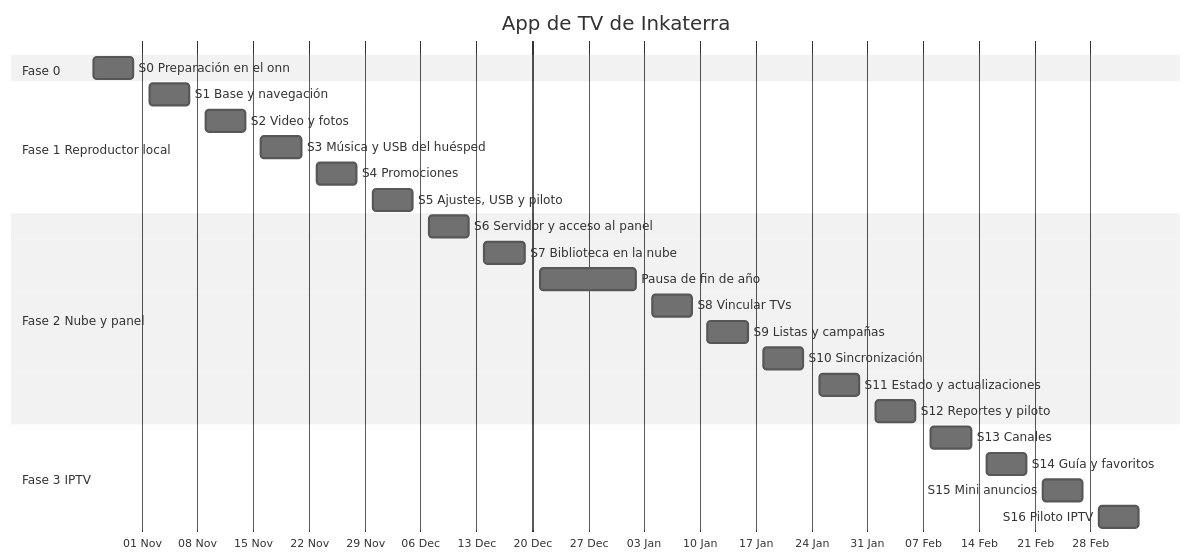
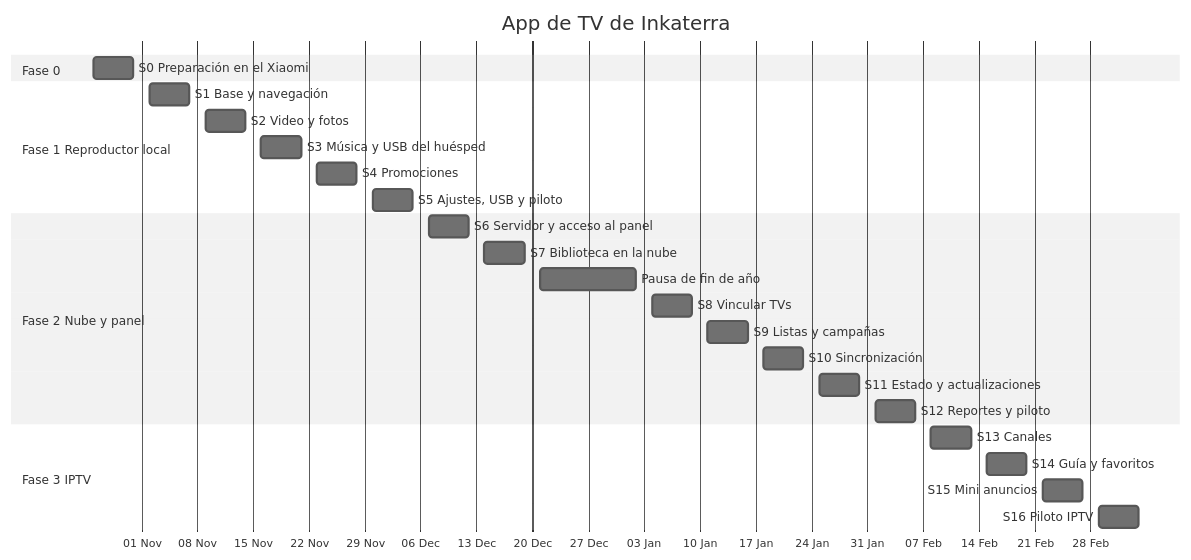
Before and after one commit to adriian1020/inkaterra-tv: the fourth of 4 diagrams in docs/plan-de-desarrollo.md, drawn with Mermaid (neutral theme). The commit also changed other lines of this file and 2 other files, not shown here.

First line of the commit message:
docs: el equipo de pruebas pasa a ser el xiaomi tv box s

````diff
--- a/docs/plan-de-desarrollo.md
+++ b/docs/plan-de-desarrollo.md
@@ -346,28 +346,28 @@
 ```mermaid
 gantt
   title App de TV de Inkaterra
   dateFormat YYYY-MM-DD
   axisFormat %d %b
   section Fase 0
-  S0 Preparación en el onn :s0, 2026-10-26, 5d
+  S0 Preparación en el Xiaomi :s0, 2026-10-26, 5d
   section Fase 1 Reproductor local
   S1 Base y navegación :s1, 2026-11-02, 5d
   S2 Video y fotos :s2, 2026-11-09, 5d
   S3 Música y USB del huésped :s3, 2026-11-16, 5d
   S4 Promociones :s4, 2026-11-23, 5d
   S5 Ajustes, USB y piloto :s5, 2026-11-30, 5d
   section Fase 2 Nube y panel
   S6 Servidor y acceso al panel :s6, 2026-12-07, 5d
   S7 Biblioteca en la nube :s7, 2026-12-14, 5d
   Pausa de fin de año :pausa, 2026-12-21, 12d
   S8 Vincular TVs :s8, 2027-01-04, 5d
   S9 Listas y campañas :s9, 2027-01-11, 5d
   S10 Sincronización :s10, 2027-01-18, 5d
   S11 Estado y actualizaciones :s11, 2027-01-25, 5d
   S12 Reportes y piloto :s12, 2027-02-01, 5d
   section Fase 3 IPTV
   S13 Canales :s13, 2027-02-08, 5d
   S14 Guía y favoritos :s14, 2027-02-15, 5d
   S15 Mini anuncios :s15, 2027-02-22, 5d
   S16 Piloto IPTV :s16, 2027-03-01, 5d
 ```
````
